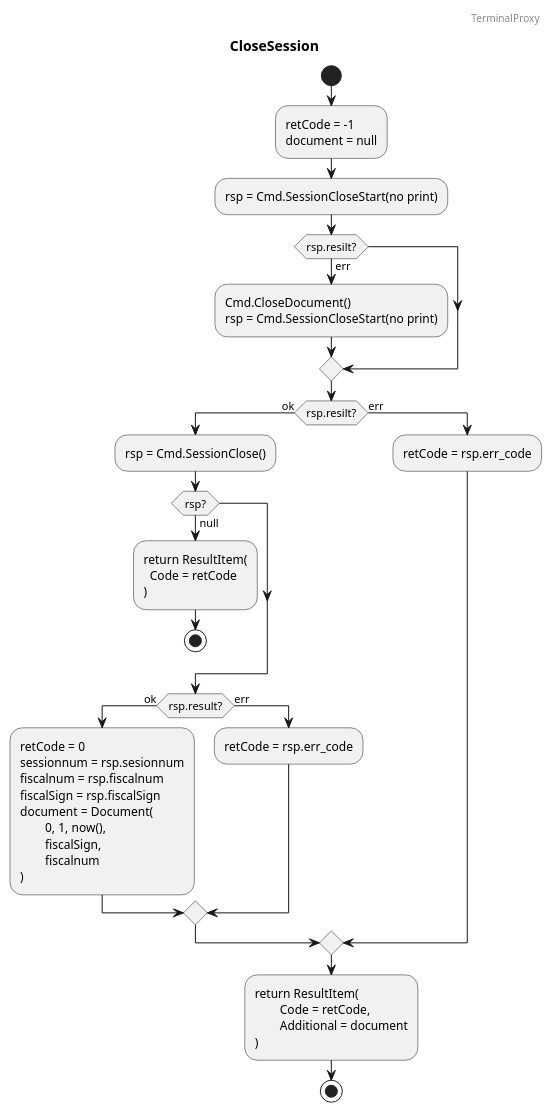
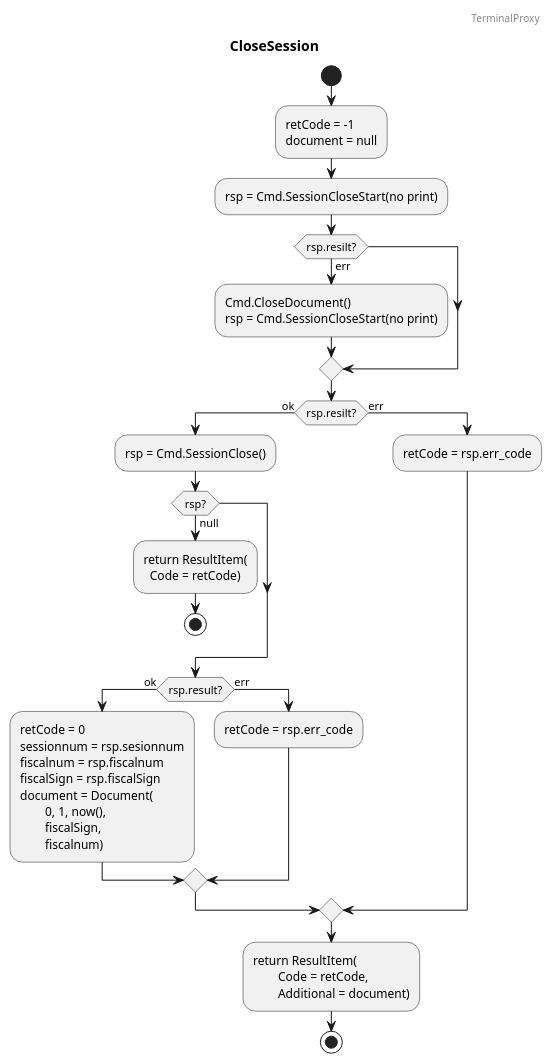
The diagram in doc/tp.sc.puml (tieugene/kitpos), drawn with PlantUML before and after one commit. The commit also changed 4 other files, not shown here.

```diff
--- a/doc/tp.sc.puml
+++ b/doc/tp.sc.puml
@@ -1,46 +1,43 @@
 @startuml
 
 header TerminalProxy
 
 title CloseSession
 
 start
 :retCode = -1
 document = null;
 
 :rsp = Cmd.SessionCloseStart(no print);
 if (rsp.resilt?) then (err)
 	:Cmd.CloseDocument()
 	rsp = Cmd.SessionCloseStart(no print);
 endif
 if (rsp.resilt?) then (ok)
 	:rsp = Cmd.SessionClose();
 	if (rsp?) then (null)
 		:return ResultItem(
-		  Code = retCode
-		);
+		  Code = retCode);
 		stop
 	endif;
 	if (rsp.result?) then (ok)
 			:retCode = 0
 			sessionnum = rsp.sesionnum
 			fiscalnum = rsp.fiscalnum
 			fiscalSign = rsp.fiscalSign
 			document = Document(
 				0, 1, now(),
 				fiscalSign,
-				fiscalnum
-			);
+				fiscalnum);
 	else (err)
 		:retCode = rsp.err_code;
 	endif
 else (err)
 	:retCode = rsp.err_code;
 endif
 :return ResultItem(
 	Code = retCode,
-	Additional = document
-);
+	Additional = document);
 stop
 
 @enduml
```
